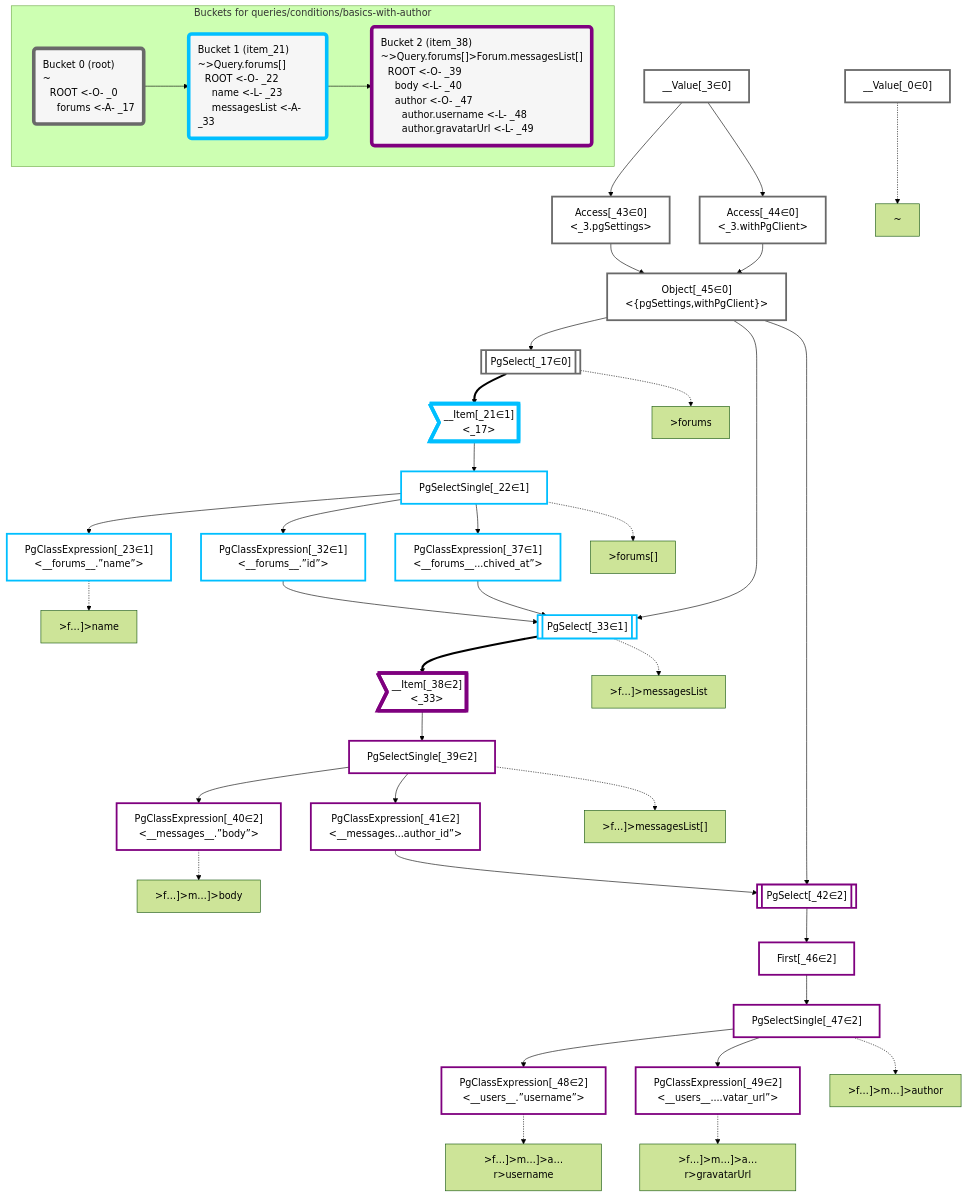
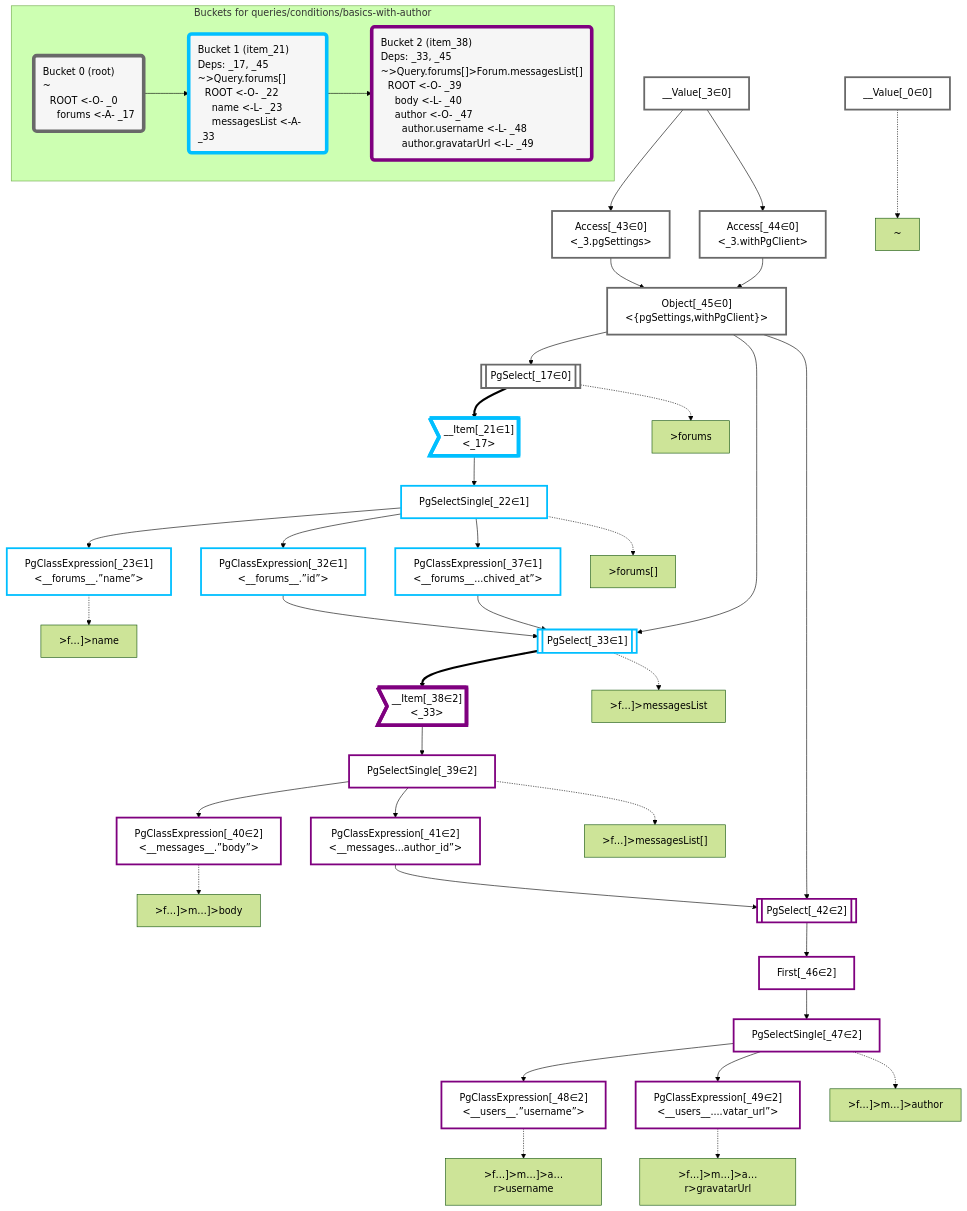
The diagram in packages/dataplan-pg/__tests__/queries/conditions/basics-with-author.deopt.mermaid.md (graphile/crystal), drawn with Mermaid (forest theme) before and after one commit. The commit also changed 157 other files, not shown here.

Commit message:
Add deps to all query snapshots

```diff
--- a/packages/dataplan-pg/__tests__/queries/conditions/basics-with-author.deopt.mermaid.md
+++ b/packages/dataplan-pg/__tests__/queries/conditions/basics-with-author.deopt.mermaid.md
@@ -88,10 +88,10 @@
     subgraph "Buckets for queries/conditions/basics-with-author"
     Bucket0("Bucket 0 (root)<br />~<br />⠀ROOT <-O- _0<br />⠀⠀forums <-A- _17"):::bucket
     style Bucket0 stroke:#696969
-    Bucket1("Bucket 1 (item_21)<br />~>Query.forums[]<br />⠀ROOT <-O- _22<br />⠀⠀name <-L- _23<br />⠀⠀messagesList <-A- _33"):::bucket
+    Bucket1("Bucket 1 (item_21)<br />Deps: _17, _45<br />~>Query.forums[]<br />⠀ROOT <-O- _22<br />⠀⠀name <-L- _23<br />⠀⠀messagesList <-A- _33"):::bucket
     style Bucket1 stroke:#00bfff
     Bucket0 --> Bucket1
-    Bucket2("Bucket 2 (item_38)<br />~>Query.forums[]>Forum.messagesList[]<br />⠀ROOT <-O- _39<br />⠀⠀body <-L- _40<br />⠀⠀author <-O- _47<br />⠀⠀⠀author.username <-L- _48<br />⠀⠀⠀author.gravatarUrl <-L- _49"):::bucket
+    Bucket2("Bucket 2 (item_38)<br />Deps: _33, _45<br />~>Query.forums[]>Forum.messagesList[]<br />⠀ROOT <-O- _39<br />⠀⠀body <-L- _40<br />⠀⠀author <-O- _47<br />⠀⠀⠀author.username <-L- _48<br />⠀⠀⠀author.gravatarUrl <-L- _49"):::bucket
     style Bucket2 stroke:#7f007f
     Bucket1 --> Bucket2
     end
```
